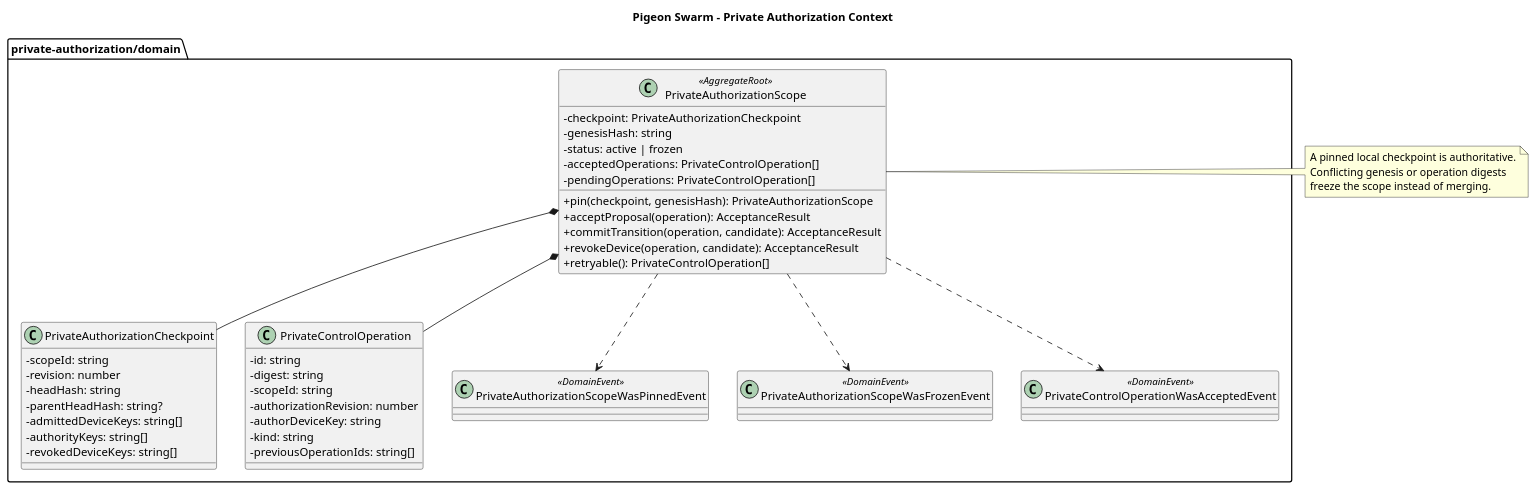
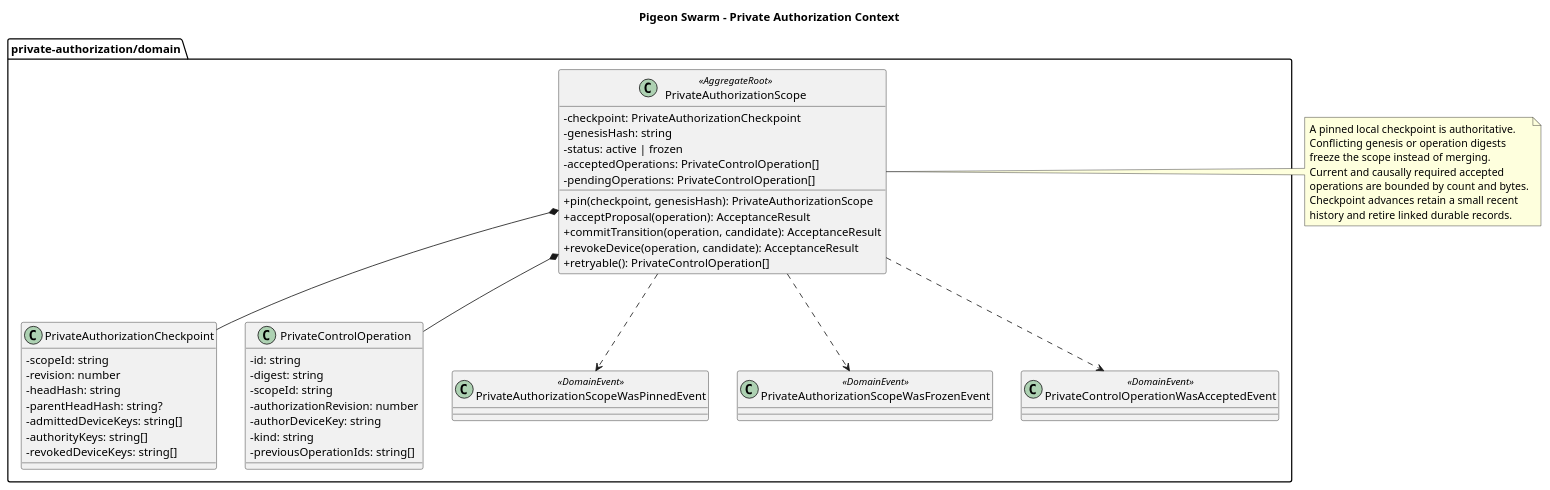
Before and after one commit to haskou/pigeon-swarm-node: the diagram in src/contexts/private-authorization/_docs/PrivateAuthorizationClasses.puml, drawn with PlantUML. The commit also changed 6 other files, not shown here.

```diff
--- a/src/contexts/private-authorization/_docs/PrivateAuthorizationClasses.puml
+++ b/src/contexts/private-authorization/_docs/PrivateAuthorizationClasses.puml
@@ -1,58 +1,62 @@
 @startuml PrivateAuthorizationClasses
 
 title Pigeon Swarm - Private Authorization Context
 
 skinparam classAttributeIconSize 0
 
 package "private-authorization/domain" {
   class PrivateAuthorizationScope <<AggregateRoot>> {
     -checkpoint: PrivateAuthorizationCheckpoint
     -genesisHash: string
     -status: active | frozen
     -acceptedOperations: PrivateControlOperation[]
     -pendingOperations: PrivateControlOperation[]
     +pin(checkpoint, genesisHash): PrivateAuthorizationScope
     +acceptProposal(operation): AcceptanceResult
     +commitTransition(operation, candidate): AcceptanceResult
     +revokeDevice(operation, candidate): AcceptanceResult
     +retryable(): PrivateControlOperation[]
   }
 
   class PrivateAuthorizationCheckpoint {
     -scopeId: string
     -revision: number
     -headHash: string
     -parentHeadHash: string?
     -admittedDeviceKeys: string[]
     -authorityKeys: string[]
     -revokedDeviceKeys: string[]
   }
 
   class PrivateControlOperation {
     -id: string
     -digest: string
     -scopeId: string
     -authorizationRevision: number
     -authorDeviceKey: string
     -kind: string
     -previousOperationIds: string[]
   }
 
   class PrivateAuthorizationScopeWasPinnedEvent <<DomainEvent>>
   class PrivateAuthorizationScopeWasFrozenEvent <<DomainEvent>>
   class PrivateControlOperationWasAcceptedEvent <<DomainEvent>>
 
   PrivateAuthorizationScope *-- PrivateAuthorizationCheckpoint
   PrivateAuthorizationScope *-- PrivateControlOperation
   PrivateAuthorizationScope ..> PrivateAuthorizationScopeWasPinnedEvent
   PrivateAuthorizationScope ..> PrivateAuthorizationScopeWasFrozenEvent
   PrivateAuthorizationScope ..> PrivateControlOperationWasAcceptedEvent
 }
 
 note right of PrivateAuthorizationScope
   A pinned local checkpoint is authoritative.
   Conflicting genesis or operation digests
   freeze the scope instead of merging.
+  Current and causally required accepted
+  operations are bounded by count and bytes.
+  Checkpoint advances retain a small recent
+  history and retire linked durable records.
 end note
 
 @enduml
```
